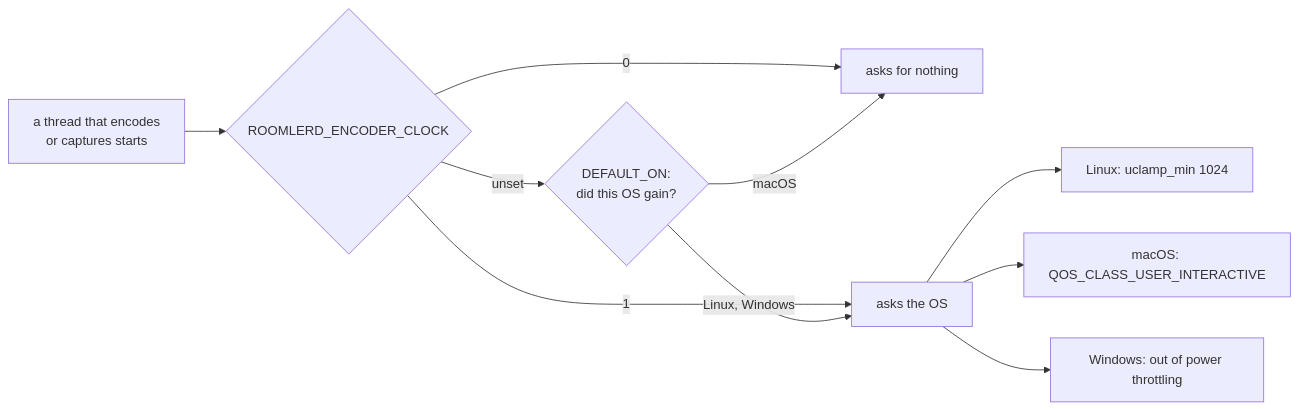
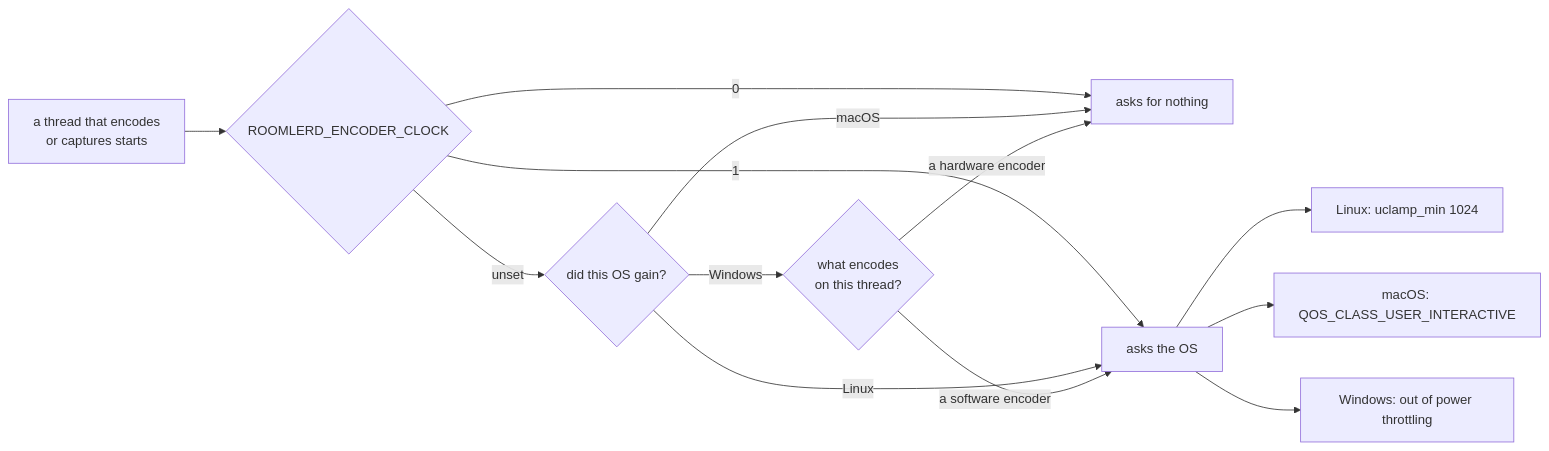
One commit to gjovanov/roomler-ai changed diagram 16 of 17 in docs/encoders.md. Above: the diagram before and after it, drawn with Mermaid. The commit also changed other lines of this file and 4 other files, not shown here.

First line of the commit message:
docs(fr-112): P3 — the hardware arm, and what the Windows default reaches (Refs #2430)

````diff
--- a/docs/encoders.md
+++ b/docs/encoders.md
@@ -1546,12 +1548,15 @@
 ```mermaid
 flowchart LR
     T["a thread that encodes<br/>or captures starts"] --> S{"ROOMLERD_ENCODER_CLOCK"}
     S -->|"0"| N["asks for nothing"]
     S -->|"1"| A["asks the OS"]
-    S -->|"unset"| D{"DEFAULT_ON:<br/>did this OS gain?"}
-    D -->|"Linux, Windows"| A
+    S -->|"unset"| D{"did this OS gain?"}
+    D -->|"Linux"| A
     D -->|"macOS"| N
+    D -->|"Windows"| E{"what encodes<br/>on this thread?"}
+    E -->|"a software encoder"| A
+    E -->|"a hardware encoder"| N
     A --> L["Linux: uclamp_min 1024"]
     A --> M["macOS: QOS_CLASS_USER_INTERACTIVE"]
     A --> W["Windows: out of power throttling"]
 ```
````
